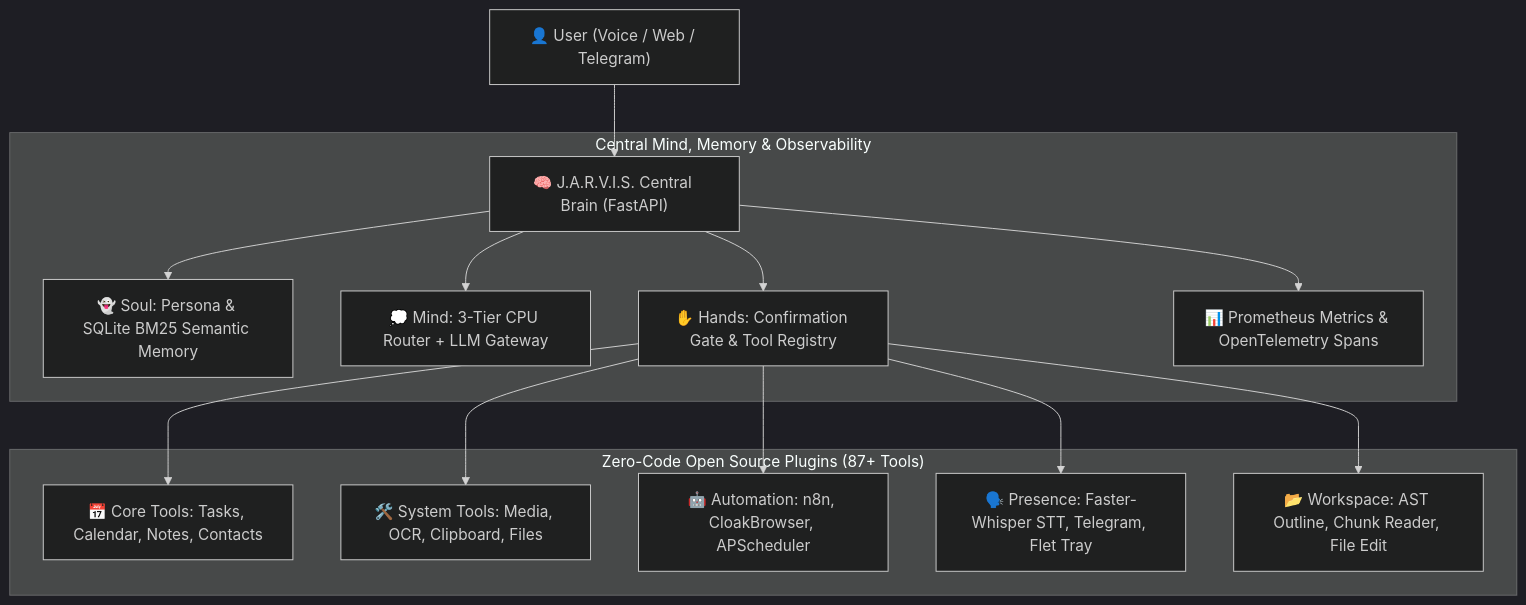
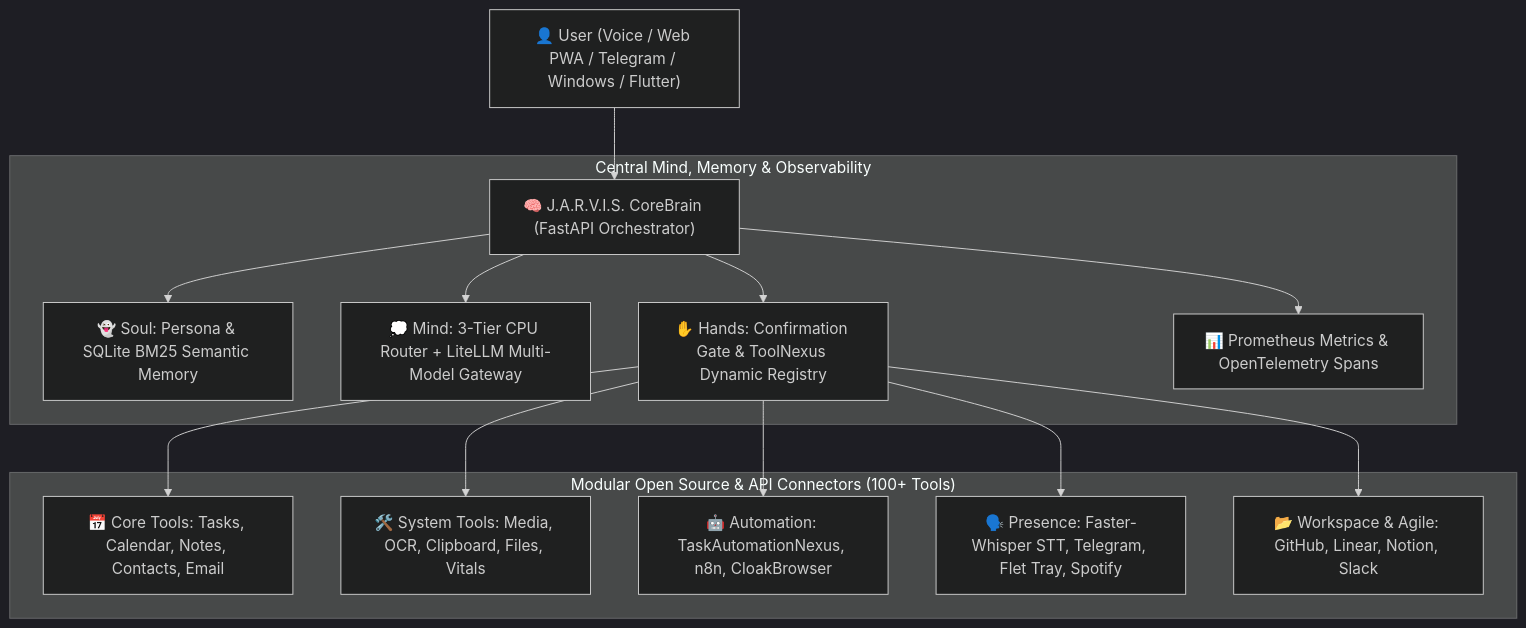
Before and after one commit to dr-week/J.A.R.V.I.S: the diagram in README.md, drawn with Mermaid (dark theme). The commit also changed other lines of this file and 84 other files, not shown here.

Commit message:
feat: complete Phase 3+ modular API connectors, TaskAutomationNexus, multi-surface UI validation, and README update

````diff
--- a/README.md
+++ b/README.md
@@ -103,19 +103,19 @@
 ```mermaid
 graph TD
-    A["👤 User (Voice / Web / Telegram)"] --> B["🧠 J.A.R.V.I.S. Central Brain (FastAPI)"]
+    A["👤 User (Voice / Web PWA / Telegram / Windows / Flutter)"] --> B["🧠 J.A.R.V.I.S. CoreBrain (FastAPI Orchestrator)"]
 
     subgraph Brain ["Central Mind, Memory & Observability"]
         B --> C["👻 Soul: Persona & SQLite BM25 Semantic Memory"]
-        B --> D["💭 Mind: 3-Tier CPU Router + LLM Gateway"]
-        B --> E["✋ Hands: Confirmation Gate & Tool Registry"]
+        B --> D["💭 Mind: 3-Tier CPU Router + LiteLLM Multi-Model Gateway"]
+        B --> E["✋ Hands: Confirmation Gate & ToolNexus Dynamic Registry"]
         B --> M["📊 Prometheus Metrics & OpenTelemetry Spans"]
     end
 
-    subgraph Ecosystem ["Zero-Code Open Source Plugins (87+ Tools)"]
-        E --> F["📅 Core Tools: Tasks, Calendar, Notes, Contacts"]
-        E --> G["🛠️ System Tools: Media, OCR, Clipboard, Files"]
-        E --> H["🤖 Automation: n8n, CloakBrowser, APScheduler"]
-        E --> I["🗣️ Presence: Faster-Whisper STT, Telegram, Flet Tray"]
-        E --> W["📂 Workspace: AST Outline, Chunk Reader, File Edit"]
+    subgraph Ecosystem ["Modular Open Source & API Connectors (100+ Tools)"]
+        E --> F["📅 Core Tools: Tasks, Calendar, Notes, Contacts, Email"]
+        E --> G["🛠️ System Tools: Media, OCR, Clipboard, Files, Vitals"]
+        E --> H["🤖 Automation: TaskAutomationNexus, n8n, CloakBrowser"]
+        E --> I["🗣️ Presence: Faster-Whisper STT, Telegram, Flet Tray, Spotify"]
+        E --> W["📂 Workspace & Agile: GitHub, Linear, Notion, Slack"]
     end
 ```
````
